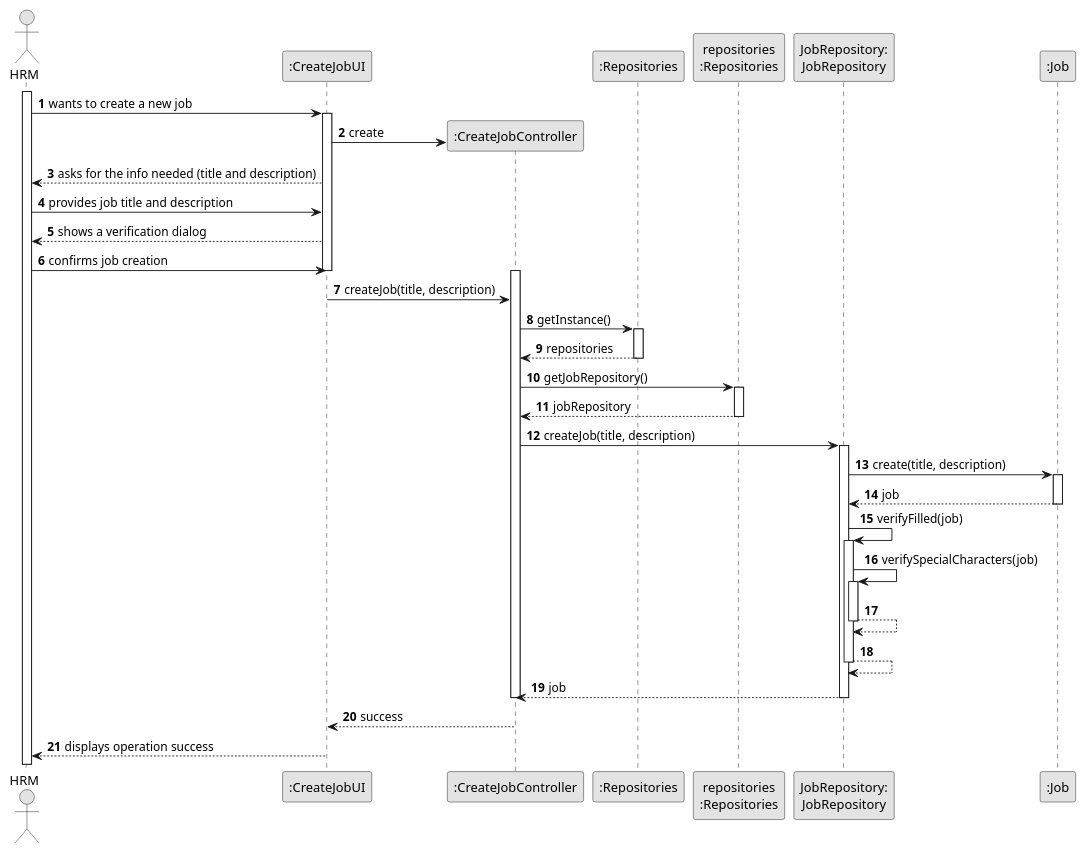
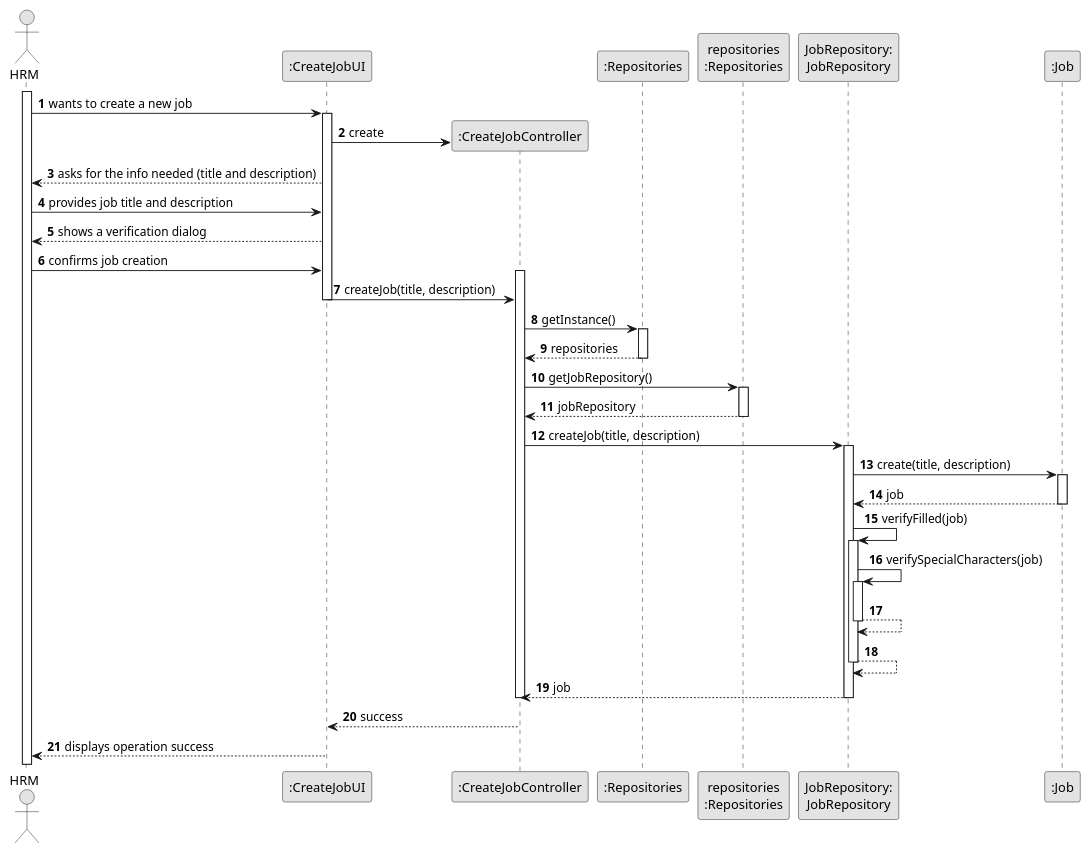
The diagram in docs/sprintB/us002/03.design/puml/us002-sequence-diagram-full.puml (ricardomm7/leaflink), drawn with PlantUML before and after one commit. The commit also changed 1 other file, not shown here.

```diff
--- a/docs/sprintB/us002/03.design/puml/us002-sequence-diagram-full.puml
+++ b/docs/sprintB/us002/03.design/puml/us002-sequence-diagram-full.puml
@@ -1,65 +1,64 @@
 @startuml
 skinparam monochrome true
 skinparam packageStyle rectangle
 skinparam shadowing false
 
 autonumber
 
 'hide footbox
 actor "HRM" as Employee
 participant ":CreateJobUI" as UI
 participant ":CreateJobController" as CTRL
 participant ":Repositories" as GlobRepo
 participant "repositories\n:Repositories" as PLAT
 participant "JobRepository:\nJobRepository" as JobRepository
 participant ":Job" as Job
 
 activate Employee
 Employee -> UI : wants to create a new job
 activate UI
 UI -> CTRL** : create
 UI --> Employee : asks for the info needed (title and description)
 Employee -> UI : provides job title and description
 UI --> Employee : shows a verification dialog
 Employee -> UI : confirms job creation
-deactivate UI
 
 activate CTRL
 UI -> CTRL : createJob(title, description)
-
+deactivate UI
 CTRL -> GlobRepo : getInstance()
 activate GlobRepo
 GlobRepo --> CTRL : repositories
 deactivate GlobRepo
 
 CTRL -> PLAT : getJobRepository()
 activate PLAT
 PLAT -->  CTRL: jobRepository
 deactivate PLAT
 
 CTRL -> JobRepository : createJob(title, description)
 activate JobRepository
 
     JobRepository -> Job : create(title, description)
         activate Job
         Job --> JobRepository : job
         deactivate Job
 
     JobRepository -> JobRepository : verifyFilled(job)
         activate JobRepository
         JobRepository -> JobRepository : verifySpecialCharacters(job)
         activate JobRepository
         JobRepository --> JobRepository
         deactivate JobRepository
     JobRepository --> JobRepository
     deactivate JobRepository
 JobRepository --> CTRL : job
 deactivate JobRepository
 deactivate CTRL
 
 CTRL --> UI : success
 deactivate CTRL
 
 UI --> Employee : displays operation success
 
 @enduml
```
